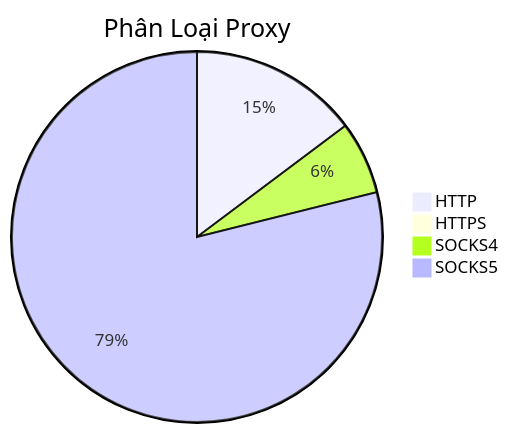
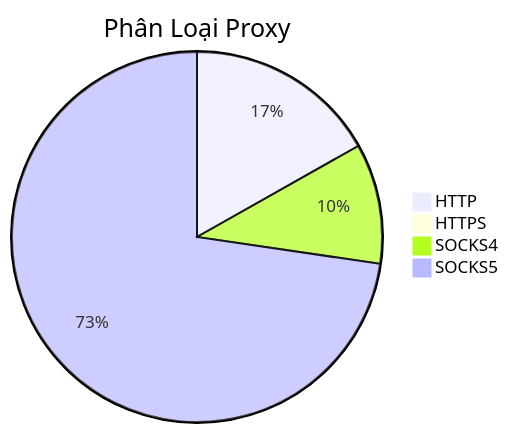
Before and after one commit to Ciara-Aa/PROXY-free: the diagram in README.md, drawn with Mermaid. The commit also changed other lines of this file and 4 other files, not shown here.

````diff
--- a/README.md
+++ b/README.md
@@ -26,7 +26,7 @@
 ```mermaid
 pie title Phân Loại Proxy
-    "HTTP" : 379
-    "HTTPS" : 8
-    "SOCKS4" : 163
-    "SOCKS5" : 2026
+    "HTTP" : 394
+    "HTTPS" : 5
+    "SOCKS4" : 246
+    "SOCKS5" : 1703
 ```
````
